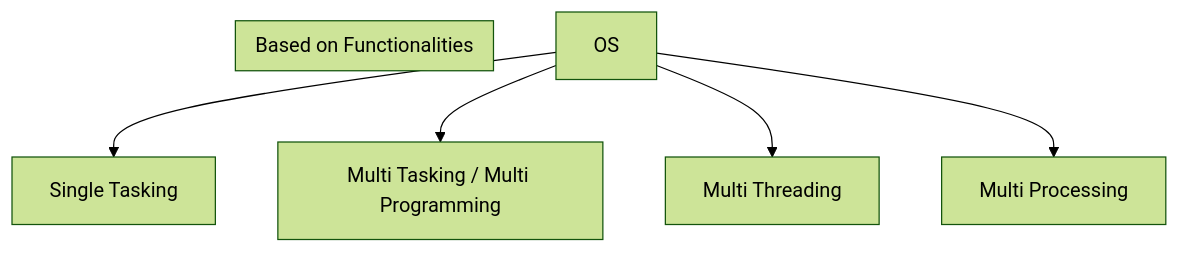
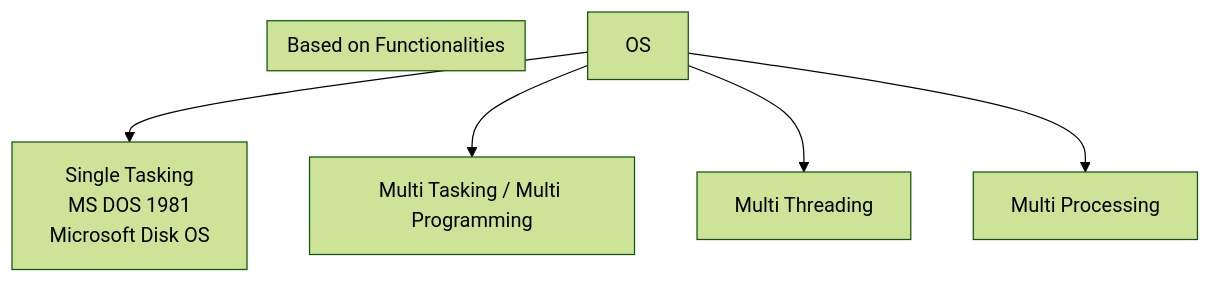
One commit to shubham21155102/Archieve changed the second of 15 diagrams in Operating_System/1.intro.md. Above: the diagram before and after it, drawn with Mermaid (forest theme). The commit also changed other lines of this file and 15 other files, not shown here.

````diff
--- a/Operating_System/1.intro.md
+++ b/Operating_System/1.intro.md
@@ -45,9 +51,9 @@
 ```mermaid
 graph TD;
 subgraph Based on Functionalities
 end
-A[OS]-->B[Single Tasking]
+A[OS]-->B[Single Tasking<br/>MS DOS 1981<br/>Microsoft Disk OS]
 A-->C[Multi Tasking / Multi Programming]
 A-->D[Multi Threading]
 A-->E[Multi Processing]
 ```
````
